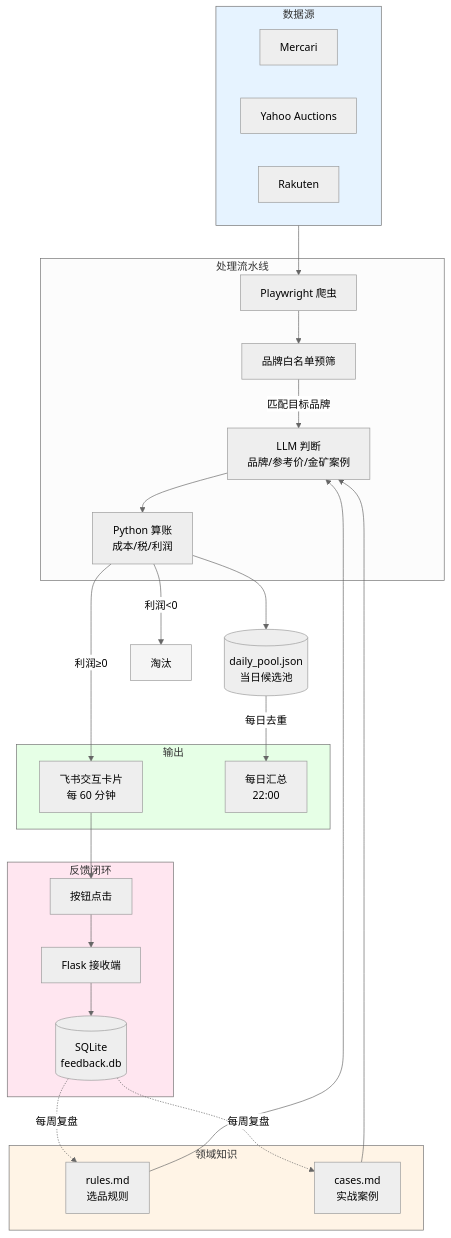
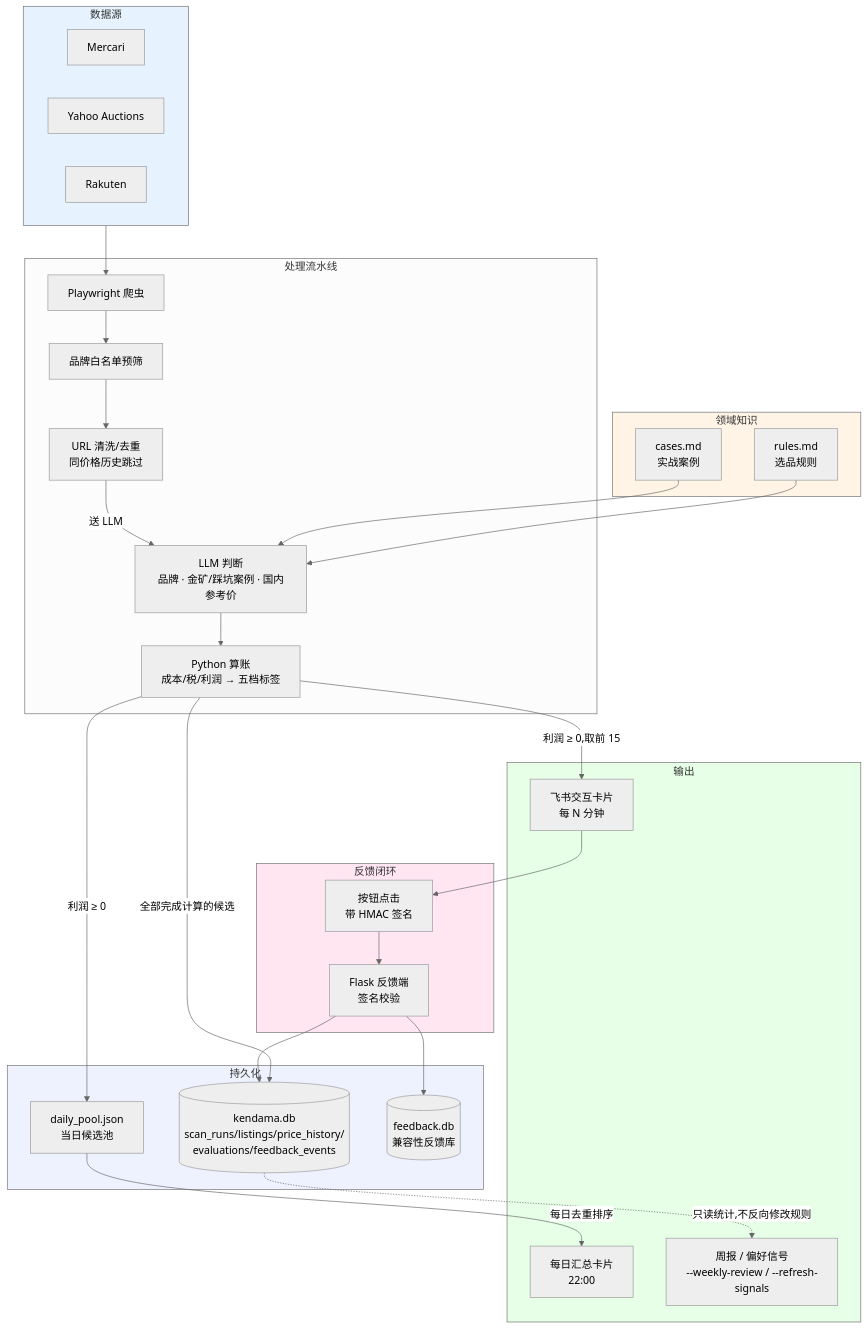
Before and after one commit to Pine369/kendama-selector: the diagram in README.md, drawn with Mermaid (neutral theme). The commit also changed other lines of this file and 1 other file, not shown here.

Commit message:
docs: refresh skill v1 documentation

````diff
--- a/README.md
+++ b/README.md
@@ -78,55 +80,57 @@
 ```mermaid
 flowchart TB
     subgraph Sources["数据源"]
         A1[Mercari]
         A2[Yahoo Auctions]
         A3[Rakuten]
     end
 
     subgraph Pipeline["处理流水线"]
         B[Playwright 爬虫]
         C[品牌白名单预筛]
-        D[LLM 判断<br/>品牌/参考价/金矿案例]
-        E[Python 算账<br/>成本/税/利润]
+        C2[URL 清洗/去重<br/>同价格历史跳过]
+        D[LLM 判断<br/>品牌 · 金矿/踩坑案例 · 国内参考价]
+        E[Python 算账<br/>成本/税/利润 → 五档标签]
     end
 
     subgraph Knowledge["领域知识"]
         K1[rules.md<br/>选品规则]
         K2[cases.md<br/>实战案例]
     end
 
+    subgraph Storage["持久化"]
+        S1[(kendama.db<br/>scan_runs/listings/price_history/<br/>evaluations/feedback_events)]
+        S2[daily_pool.json<br/>当日候选池]
+        S3[(feedback.db<br/>兼容性反馈库)]
+    end
+
     subgraph Outputs["输出"]
-        O1[飞书交互卡片<br/>每 60 分钟]
-        O2[每日汇总<br/>22:00]
+        O1[飞书交互卡片<br/>每 N 分钟]
+        O2[每日汇总卡片<br/>22:00]
+        O3[周报 / 偏好信号<br/>--weekly-review / --refresh-signals]
     end
 
     subgraph Feedback["反馈闭环"]
-        F1[按钮点击]
-        F2[Flask 接收端]
-        F3[(SQLite<br/>feedback.db)]
+        F1[按钮点击<br/>带 HMAC 签名]
+        F2[Flask 反馈端<br/>签名校验]
     end
 
-    Storage[(daily_pool.json<br/>当日候选池)]
-
-    Sources --> B
-    B --> C
-    C -->|匹配目标品牌| D
+    Sources --> B --> C --> C2
     K1 --> D
     K2 --> D
-    D --> E
-    E -->|利润≥0| O1
-    E -->|利润<0| Discard[淘汰]
-    E --> Storage
-    Storage -->|每日去重| O2
-    O1 --> F1
-    F1 --> F2
-    F2 --> F3
-    F3 -.每周复盘.-> K1
-    F3 -.每周复盘.-> K2
+    C2 -->|送 LLM| D --> E
+    E -->|全部完成计算的候选| S1
+    E -->|利润 ≥ 0| S2
+    E -->|利润 ≥ 0,取前 15| O1
+    S2 -->|每日去重排序| O2
+    O1 --> F1 --> F2
+    F2 --> S3
+    F2 --> S1
+    S1 -.只读统计,不反向修改规则.-> O3
 
     style Knowledge fill:#fff4e6
     style Sources fill:#e6f3ff
     style Outputs fill:#e6ffe6
     style Feedback fill:#ffe6f0
-    style Discard fill:#f5f5f5
+    style Storage fill:#eef2ff
 ```
````
